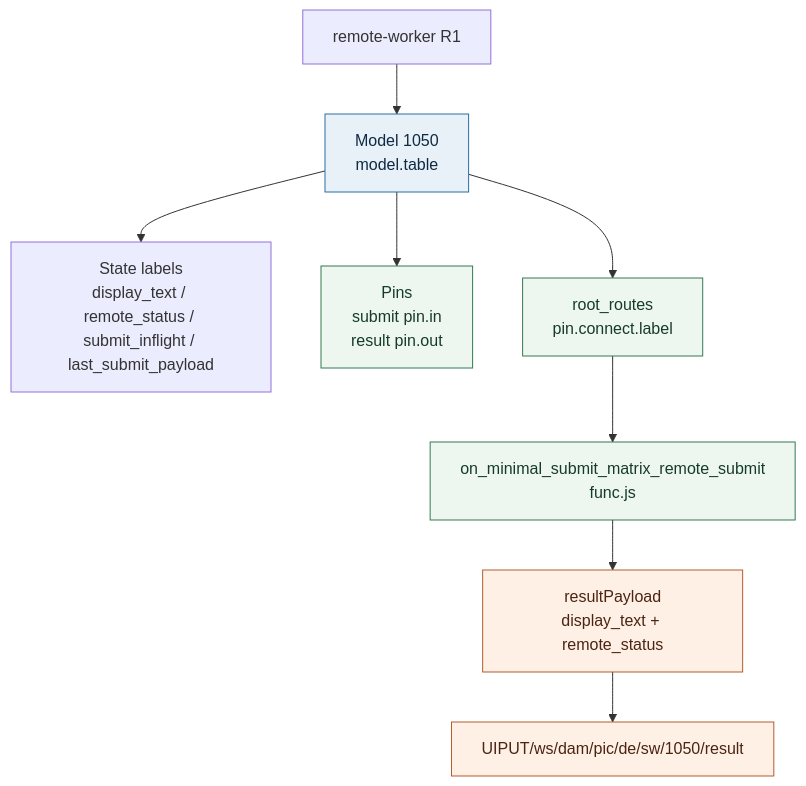
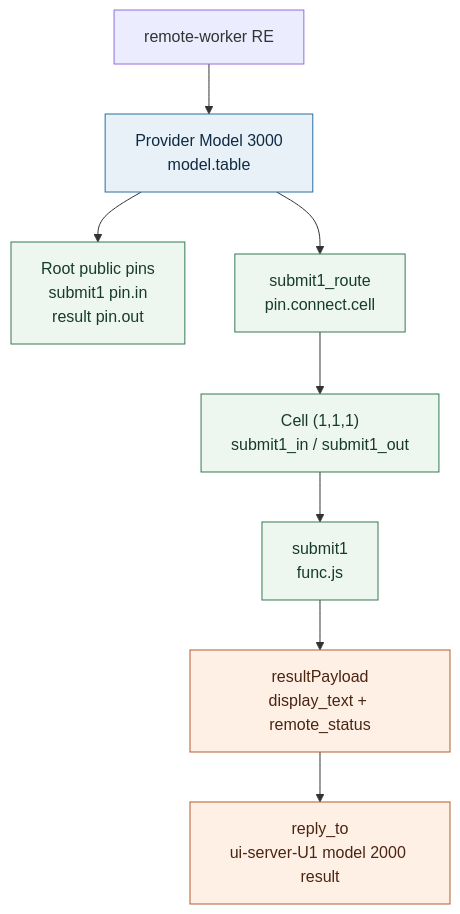
The second of 4 diagrams in docs/user-guide/slide-app-runtime/minimal_submit_app_provider_visualized.md (drooop/dongyu_js_core), drawn with Mermaid before and after one commit. The commit also changed other lines of this file and 68 other files, not shown here.

````diff
--- a/docs/user-guide/slide-app-runtime/minimal_submit_app_provider_visualized.md
+++ b/docs/user-guide/slide-app-runtime/minimal_submit_app_provider_visualized.md
@@ -40,17 +40,17 @@
 ```mermaid
 flowchart TB
-  R1["remote-worker R1"] --> M1050["Model 1050<br/>model.table"]
-  M1050 --> State["State labels<br/>display_text / remote_status / submit_inflight / last_submit_payload"]
-  M1050 --> Pins["Pins<br/>submit pin.in<br/>result pin.out"]
-  M1050 --> Routes["root_routes<br/>pin.connect.label"]
-  Routes --> Func["on_minimal_submit_matrix_remote_submit<br/>func.js"]
+  R1["remote-worker RE"] --> M3000["Provider Model 3000<br/>model.table"]
+  M3000 --> Pins["Root public pins<br/>submit1 pin.in<br/>result pin.out"]
+  M3000 --> Routes["submit1_route<br/>pin.connect.cell"]
+  Routes --> ProgramCell["Cell (1,1,1)<br/>submit1_in / submit1_out"]
+  ProgramCell --> Func["submit1<br/>func.js"]
   Func --> Result["resultPayload<br/>display_text + remote_status"]
-  Result --> Topic["UIPUT/ws/dam/pic/de/sw/1050/result"]
+  Result --> Topic["reply_to<br/>ui-server-U1 model 2000 result"]
 
   classDef table fill:#e8f1f8,stroke:#2b6f9f,color:#102a43;
   classDef pin fill:#edf7ef,stroke:#357a54,color:#173b2b;
   classDef out fill:#fff0e6,stroke:#b35d2e,color:#4b2412;
-  class M1050 table;
-  class Pins,Routes,Func pin;
+  class M3000 table;
+  class Pins,Routes,ProgramCell,Func pin;
   class Result,Topic out;
 ```
````
